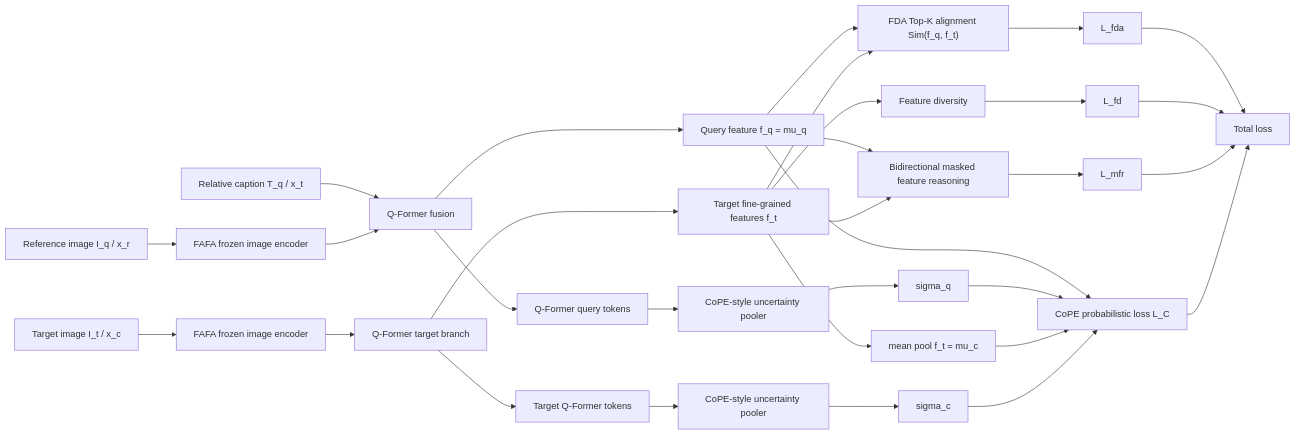
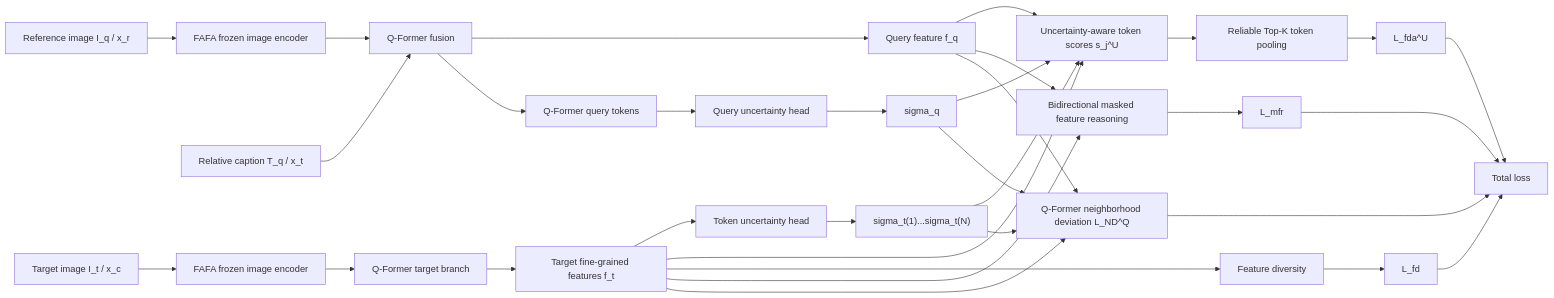
Before and after one commit to NLT22/Composed_Person_Retrieval: the fourth of 6 diagrams in FAFA_SynCPR/experiments/research_direction/FAFA_COPE_THREE_DIRECTIONS_VI.md, drawn with Mermaid. The commit also changed other lines of this file and 2 other files, not shown here.

````diff
--- a/FAFA_SynCPR/experiments/research_direction/FAFA_COPE_THREE_DIRECTIONS_VI.md
+++ b/FAFA_SynCPR/experiments/research_direction/FAFA_COPE_THREE_DIRECTIONS_VI.md
@@ -288,40 +319,41 @@
 ```mermaid
 flowchart LR
     R["Reference image I_q / x_r"] --> Vq["FAFA frozen image encoder"]
     T["Relative caption T_q / x_t"] --> QF["Q-Former fusion"]
     Vq --> QF
 
-    QF --> FQ["Query feature f_q = mu_q"]
+    QF --> FQ["Query feature f_q"]
     QF --> QTOK["Q-Former query tokens"]
-    QTOK --> UQ["CoPE-style uncertainty pooler"]
+    QTOK --> UQ["Query uncertainty head"]
     UQ --> SQ["sigma_q"]
 
     C["Target image I_t / x_c"] --> Vt["FAFA frozen image encoder"]
     Vt --> TQF["Q-Former target branch"]
     TQF --> FT["Target fine-grained features f_t"]
-    FT --> FTMEAN["mean pool f_t = mu_c"]
-    TQF --> CTOK["Target Q-Former tokens"]
-    CTOK --> UC["CoPE-style uncertainty pooler"]
-    UC --> SC["sigma_c"]
+    FT --> UT["Token uncertainty head"]
+    UT --> ST["sigma_t(1)...sigma_t(N)"]
 
-    FQ --> FDA["FDA Top-K alignment Sim(f_q, f_t)"]
-    FT --> FDA
-    FDA --> LFDA["L_fda"]
+    FQ --> SCORE["Uncertainty-aware token scores s_j^U"]
+    FT --> SCORE
+    SQ --> SCORE
+    ST --> SCORE
+    SCORE --> TOPK["Reliable Top-K token pooling"]
+    TOPK --> LFDA["L_fda^U"]
 
     FT --> FD["Feature diversity"]
     FD --> LFD["L_fd"]
 
     FQ --> MFR["Bidirectional masked feature reasoning"]
     FT --> MFR
     MFR --> LMFR["L_mfr"]
 
-    FQ --> LC["CoPE probabilistic loss L_C"]
-    SQ --> LC
-    FTMEAN --> LC
-    SC --> LC
+    FQ --> ND["Q-Former neighborhood deviation L_ND^Q"]
+    FT --> ND
+    SQ --> ND
+    ST --> ND
 
     LFDA --> LT["Total loss"]
     LFD --> LT
     LMFR --> LT
-    LC --> LT
+    ND --> LT
 ```
````
